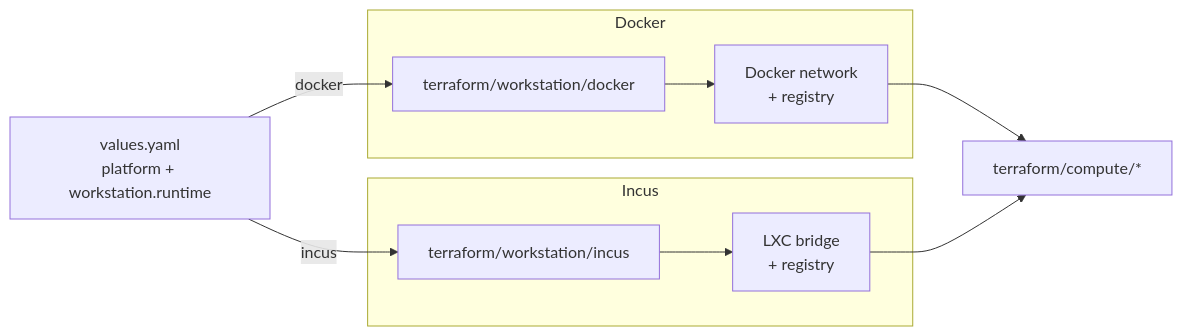
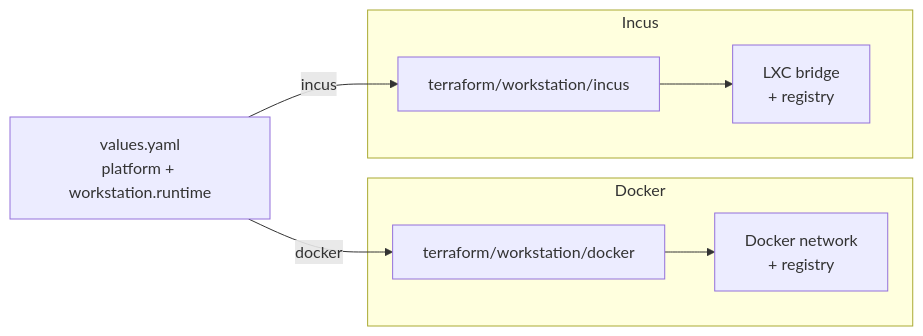
Before and after one commit to windsorcli/core: the diagram in terraform/workstation/README.md, drawn with Mermaid. The commit also changed 3 other files, not shown here.

Commit message:
chore(docs): update flowcharts in README files to reflect changes in cluster and compute relationships

````diff
--- a/terraform/workstation/README.md
+++ b/terraform/workstation/README.md
@@ -21,23 +21,19 @@
 ```mermaid
 flowchart LR
   values[values.yaml<br/>platform + workstation.runtime]
 
   subgraph dockerpath[Docker]
     tfDocker[terraform/workstation/docker]
     dockerNet[Docker network<br/>+ registry]
   end
 
   subgraph incuspath[Incus]
     tfIncus[terraform/workstation/incus]
     incusBr[LXC bridge<br/>+ registry]
   end
 
-  compute[terraform/compute/*]
-
   values -->|docker| tfDocker
   values -->|incus| tfIncus
   tfDocker --> dockerNet
   tfIncus --> incusBr
-  dockerNet --> compute
-  incusBr --> compute
 ```
````
